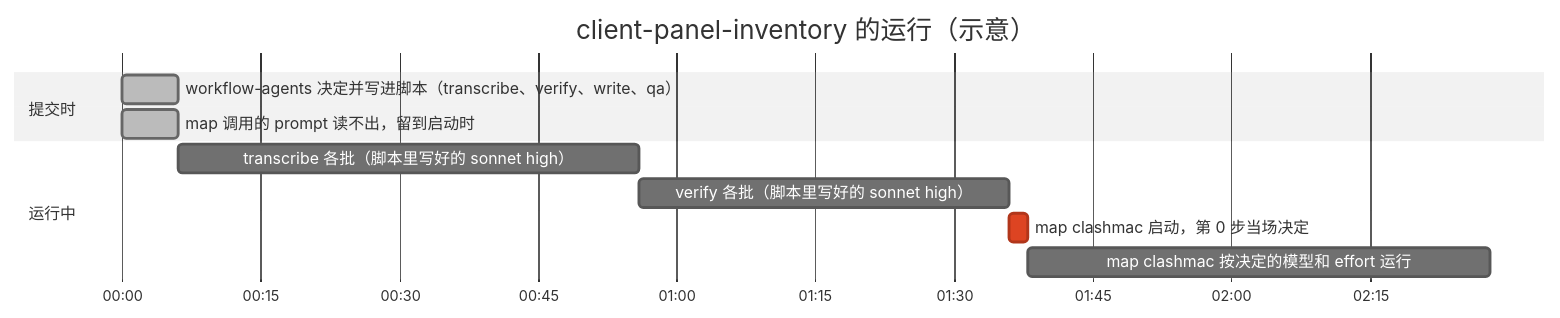
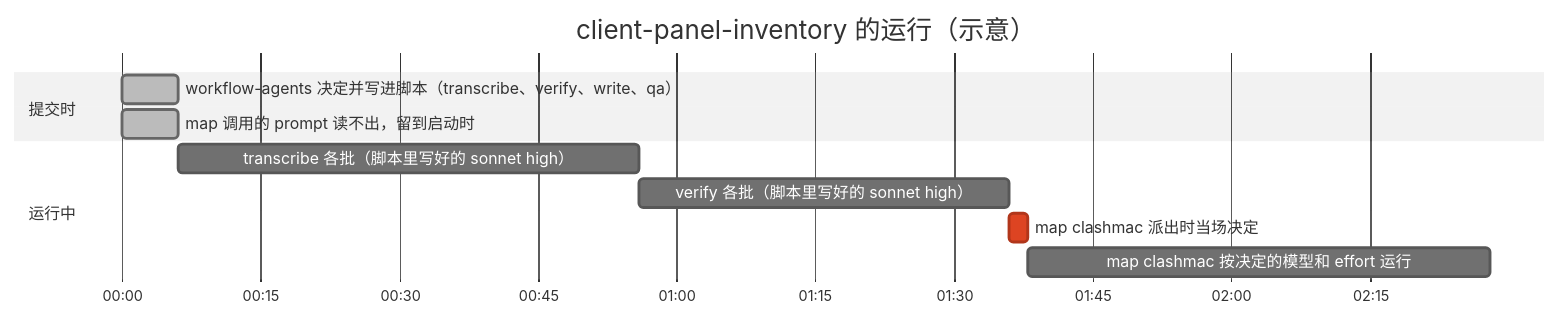
One commit to alexcz-a11y/claude-mods changed the fifth of 6 diagrams in docs/dispatch-pilot-routing.md. Above: the diagram before and after it, drawn with Mermaid (neutral theme). The commit also changed other lines of this file and 35 other files, not shown here.

````diff
--- a/docs/dispatch-pilot-routing.md
+++ b/docs/dispatch-pilot-routing.md
@@ -150,14 +150,14 @@
 ```mermaid
 gantt
     title client-panel-inventory 的运行（示意）
     dateFormat mm:ss
     axisFormat %M:%S
     section 提交时
     workflow-agents 决定并写进脚本（transcribe、verify、write、qa） :done, a1, 00:00, 6s
     map 调用的 prompt 读不出，留到启动时 :done, a2, 00:00, 6s
     section 运行中
     transcribe 各批（脚本里写好的 sonnet high） :b1, 00:06, 50s
     verify 各批（脚本里写好的 sonnet high） :b2, after b1, 40s
-    map clashmac 启动，第 0 步当场决定 :crit, c1, after b2, 2s
+    map clashmac 派出时当场决定 :crit, c1, after b2, 2s
     map clashmac 按决定的模型和 effort 运行 :c2, after c1, 50s
 ```
````
